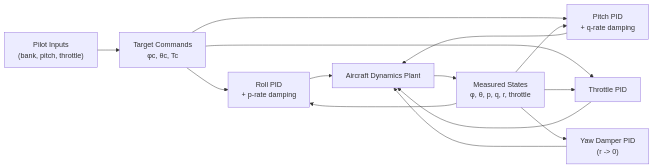
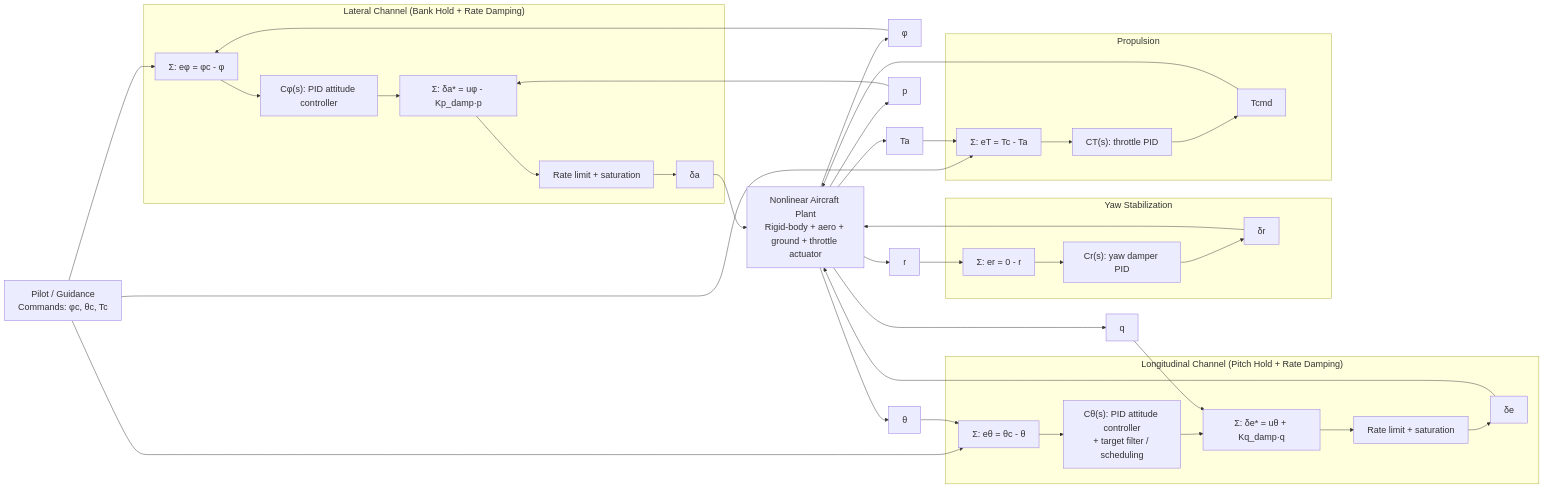
The diagram in README.md (TroyWigton/FlightSimulator), drawn with Mermaid before and after one commit. The commit also changed other lines of this file and 1 other file, not shown here.

````diff
--- a/README.md
+++ b/README.md
@@ -59,16 +62,54 @@
 ```mermaid
+%%{init: {"themeVariables": {"fontSize": "20px"}} }%%
 flowchart LR
-    Pilot["Pilot Inputs\n(bank, pitch, throttle)"] --> Targets["Target Commands\nφc, θc, Tc"]
-    Targets --> RollPID["Roll PID\n+ p-rate damping"]
-    Targets --> PitchPID["Pitch PID\n+ q-rate damping"]
-    Targets --> ThrPID["Throttle PID"]
-    YawDamper["Yaw Damper PID\n(r -> 0)"] --> Plant
-    RollPID --> Plant["Aircraft Dynamics Plant"]
-    PitchPID --> Plant
-    ThrPID --> Plant
-    Plant --> Sensors["Measured States\nφ, θ, p, q, r, throttle"]
-    Sensors --> RollPID
-    Sensors --> PitchPID
-    Sensors --> ThrPID
-    Sensors --> YawDamper
+    P["Pilot / Guidance\nCommands: φc, θc, Tc"]
+
+    subgraph LAT["Lateral Channel (Bank Hold + Rate Damping)"]
+      Sphi["Σ: eφ = φc - φ"] --> Cphi["Cφ(s): PID attitude controller"]
+      Cphi --> Sda["Σ: δa* = uφ - Kp_damp·p"]
+      Sda --> Ra["Rate limit + saturation"]
+      Ra --> Da["δa"]
+    end
+
+    subgraph LON["Longitudinal Channel (Pitch Hold + Rate Damping)"]
+      Stheta["Σ: eθ = θc - θ"] --> Ctheta["Cθ(s): PID attitude controller\n+ target filter / scheduling"]
+      Ctheta --> Sde["Σ: δe* = uθ + Kq_damp·q"]
+      Sde --> Re["Rate limit + saturation"]
+      Re --> De["δe"]
+    end
+
+    subgraph YAW["Yaw Stabilization"]
+      Sr["Σ: er = 0 - r"] --> Cr["Cr(s): yaw damper PID"]
+      Cr --> Dr["δr"]
+    end
+
+    subgraph THR["Propulsion"]
+      St["Σ: eT = Tc - Ta"] --> Ct["CT(s): throttle PID"]
+      Ct --> Dt["Tcmd"]
+    end
+
+    Plant["Nonlinear Aircraft Plant\nRigid-body + aero + ground + throttle actuator"]
+
+    P --> Sphi
+    P --> Stheta
+    P --> St
+
+    Da --> Plant
+    De --> Plant
+    Dr --> Plant
+    Dt --> Plant
+
+    Plant --> Mphi["φ"]
+    Plant --> Mtheta["θ"]
+    Plant --> Mp["p"]
+    Plant --> Mq["q"]
+    Plant --> Mr["r"]
+    Plant --> Mta["Ta"]
+
+    Mphi --> Sphi
+    Mtheta --> Stheta
+    Mp --> Sda
+    Mq --> Sde
+    Mr --> Sr
+    Mta --> St
 ```
````
